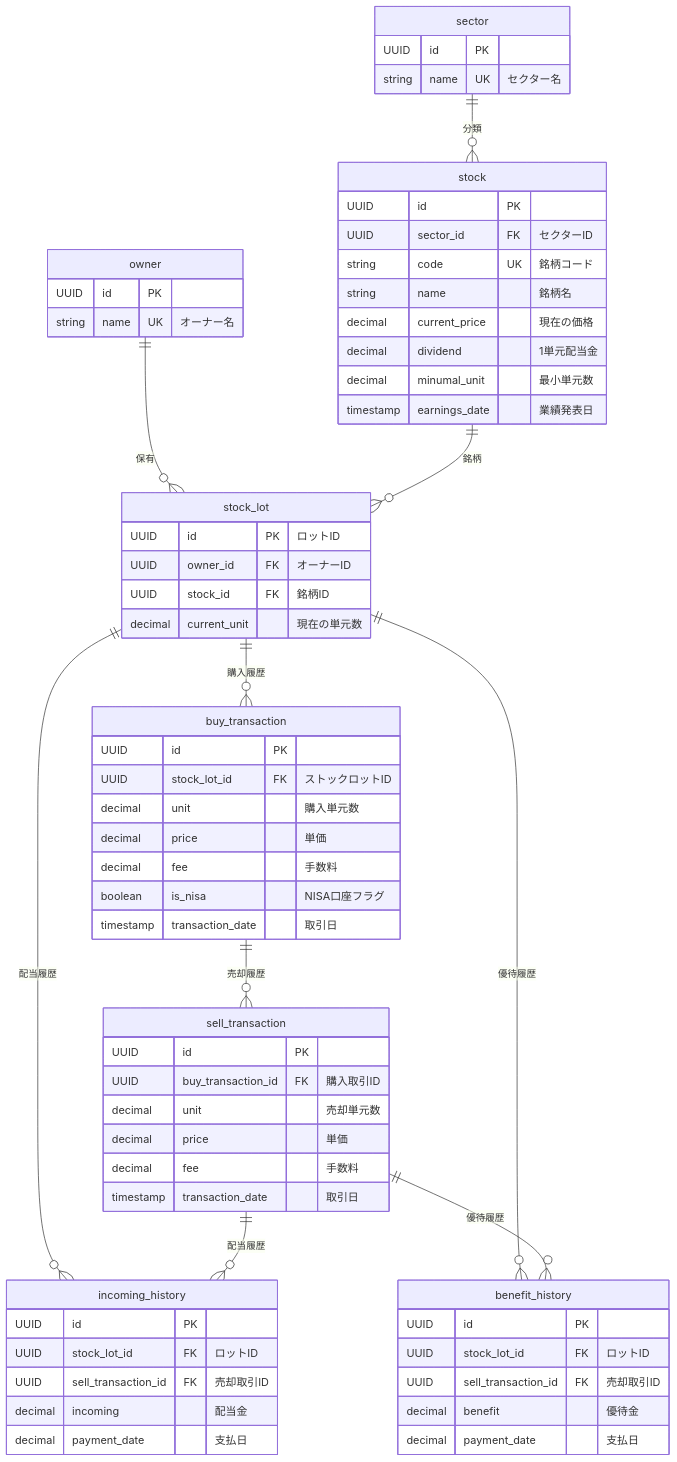
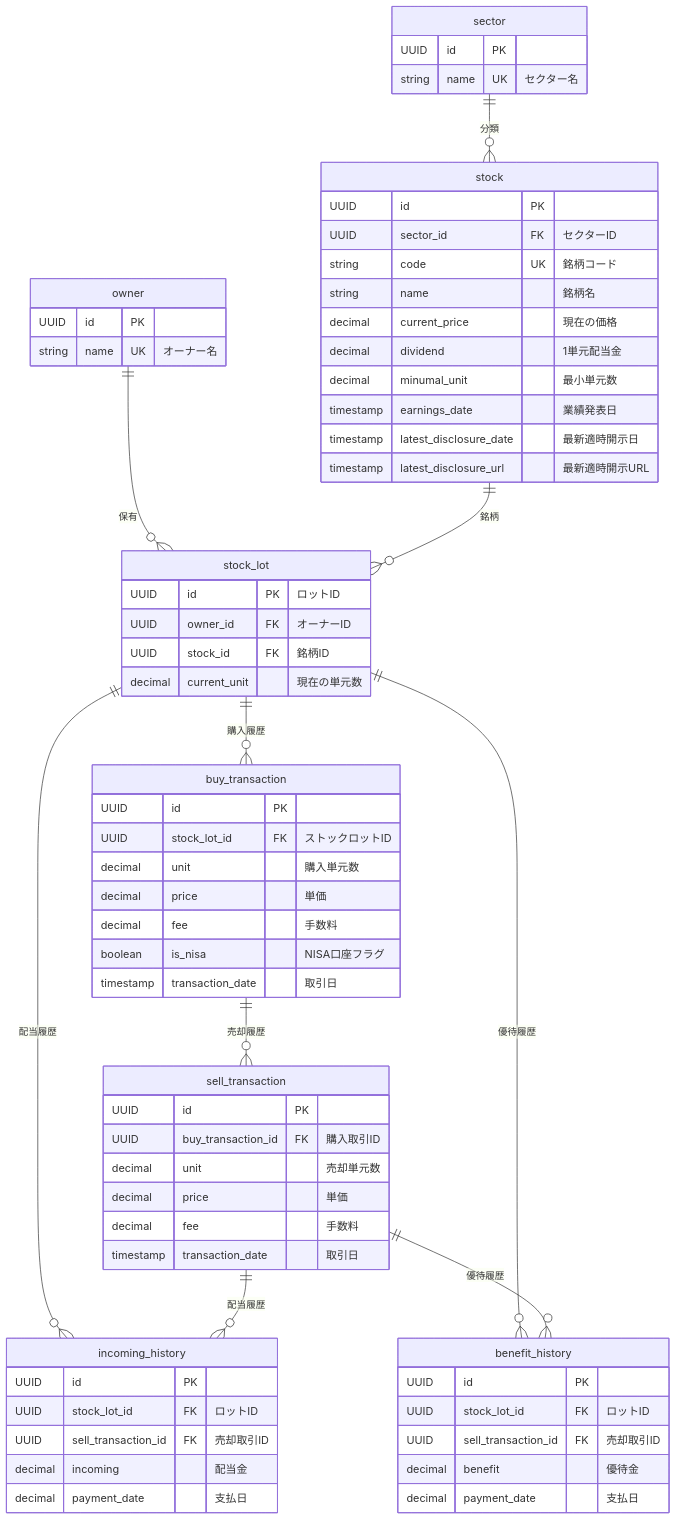
The diagram in ER.md (ijikeman/StockManager), drawn with Mermaid before and after one commit.

````diff
--- a/ER.md
+++ b/ER.md
@@ -15,74 +15,76 @@
 ```mermaid
 erDiagram
     stock {
         UUID id PK
         UUID sector_id FK "セクターID"
         string code UK "銘柄コード"
         string name "銘柄名"
         decimal current_price "現在の価格"
         decimal dividend "1単元配当金"
         decimal minumal_unit "最小単元数"
         timestamp earnings_date "業績発表日"
+        timestamp latest_disclosure_date "最新適時開示日"
+        timestamp latest_disclosure_url "最新適時開示URL"
     }
     
     stock_lot {
         UUID id PK "ロットID"
         UUID owner_id FK "オーナーID"
         UUID stock_id FK "銘柄ID" 
         decimal current_unit "現在の単元数"
     }
     
     buy_transaction {
         UUID id PK
         UUID stock_lot_id FK "ストックロットID"
         decimal unit "購入単元数"
         decimal price "単価"
         decimal fee "手数料"
         boolean is_nisa "NISA口座フラグ"
         timestamp transaction_date "取引日"
     }
 
     sell_transaction {
         UUID id PK
         UUID buy_transaction_id FK "購入取引ID"
         decimal unit "売却単元数"
         decimal price "単価"
         decimal fee "手数料"
         timestamp transaction_date "取引日"
     }
 
     incoming_history {
         UUID id PK
         UUID stock_lot_id FK "ロットID"
         UUID sell_transaction_id FK "売却取引ID"
         decimal incoming "配当金"
         decimal payment_date "支払日"
     }
 
     benefit_history {
         UUID id PK
         UUID stock_lot_id FK "ロットID"
         UUID sell_transaction_id FK "売却取引ID"
         decimal benefit "優待金"
         decimal payment_date "支払日"
     }
 
     owner {
         UUID id PK
         string name UK "オーナー名"
     }
 
     sector {
         UUID id PK
         string name UK "セクター名"
     }
     owner ||--o{ stock_lot : "保有"
 stock ||--o{ stock_lot : "銘柄"
     stock_lot ||--o{ buy_transaction : "購入履歴"
     stock_lot ||--o{ incoming_history : "配当履歴"
     sell_transaction ||--o{ incoming_history : "配当履歴"
     stock_lot ||--o{ benefit_history : "優待履歴"
     sell_transaction ||--o{ benefit_history : "優待履歴"
     buy_transaction ||--o{ sell_transaction : "売却履歴"
     sector ||--o{ stock : "分類"
 ```
````
